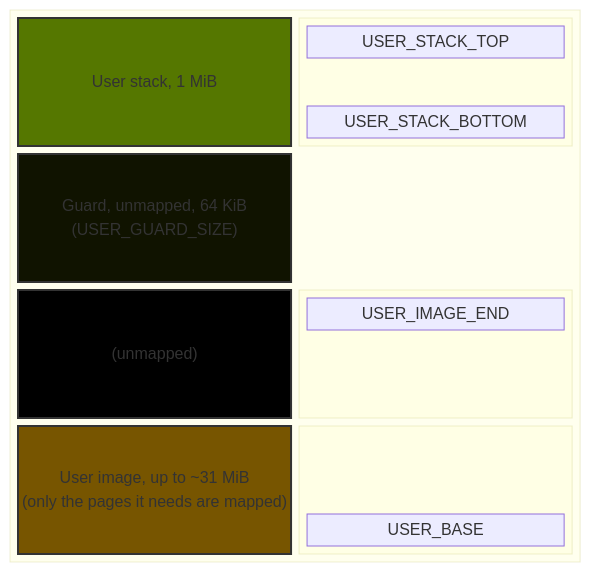
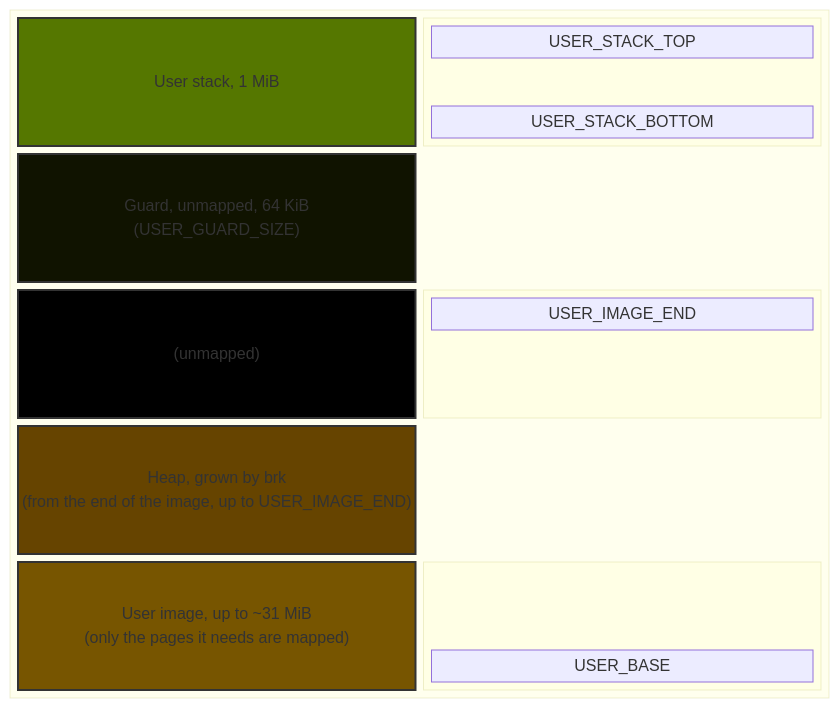
One commit to yinchi/qemu_lab changed the diagram in rust/docs/mmu.md. Above: the diagram before and after it, drawn with Mermaid. The commit also changed other lines of this file and 34 other files, not shown here.

Commit message:
Stage 16, part 1: user heap

````diff
--- a/rust/docs/mmu.md
+++ b/rust/docs/mmu.md
@@ -171,31 +171,34 @@
 ```mermaid
 block
   block
     columns 2
     stack["User stack, 1 MiB"]
     block
       columns 1
       USER_STACK_TOP
       space
       USER_STACK_BOTTOM
     end
     guard["Guard, unmapped, 64 KiB\n(USER_GUARD_SIZE)"]
     space
     unmapped["(unmapped)"]
     block:group2:1
       columns 1
       USER_IMAGE_END
       space:2
     end
+    heap["Heap, grown by brk\n(from the end of the image, up to USER_IMAGE_END)"]
+    space
     image["User image, up to ~31 MiB\n(only the pages it needs are mapped)"]
     block
       columns 1
       space:2
       USER_BASE
     end
   end
   style stack fill:#570,stroke:#333,stroke-width:2px
   style guard fill:#101300,stroke:#333,stroke-width:2px
   style unmapped fill:#000,stroke:#333,stroke-width:2px
+  style heap fill:#640,stroke:#333,stroke-width:2px
   style image fill:#750,stroke:#333,stroke-width:2px
 ```
````
